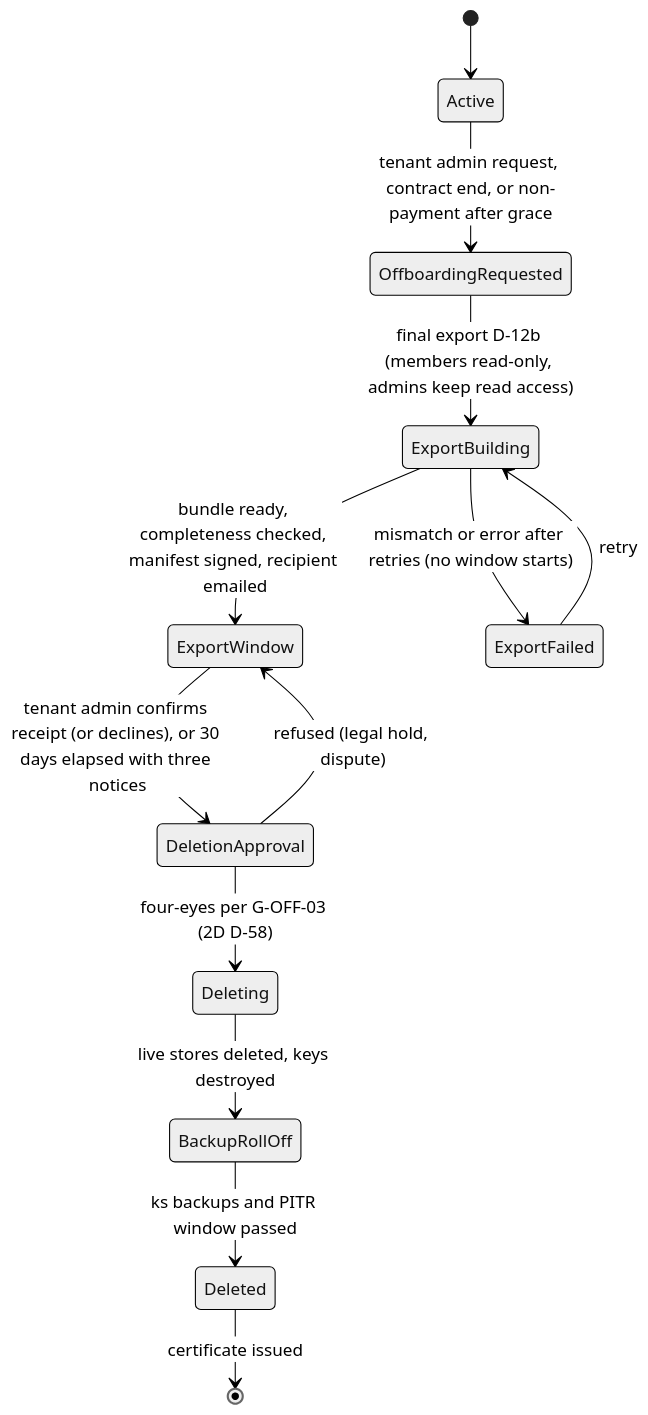
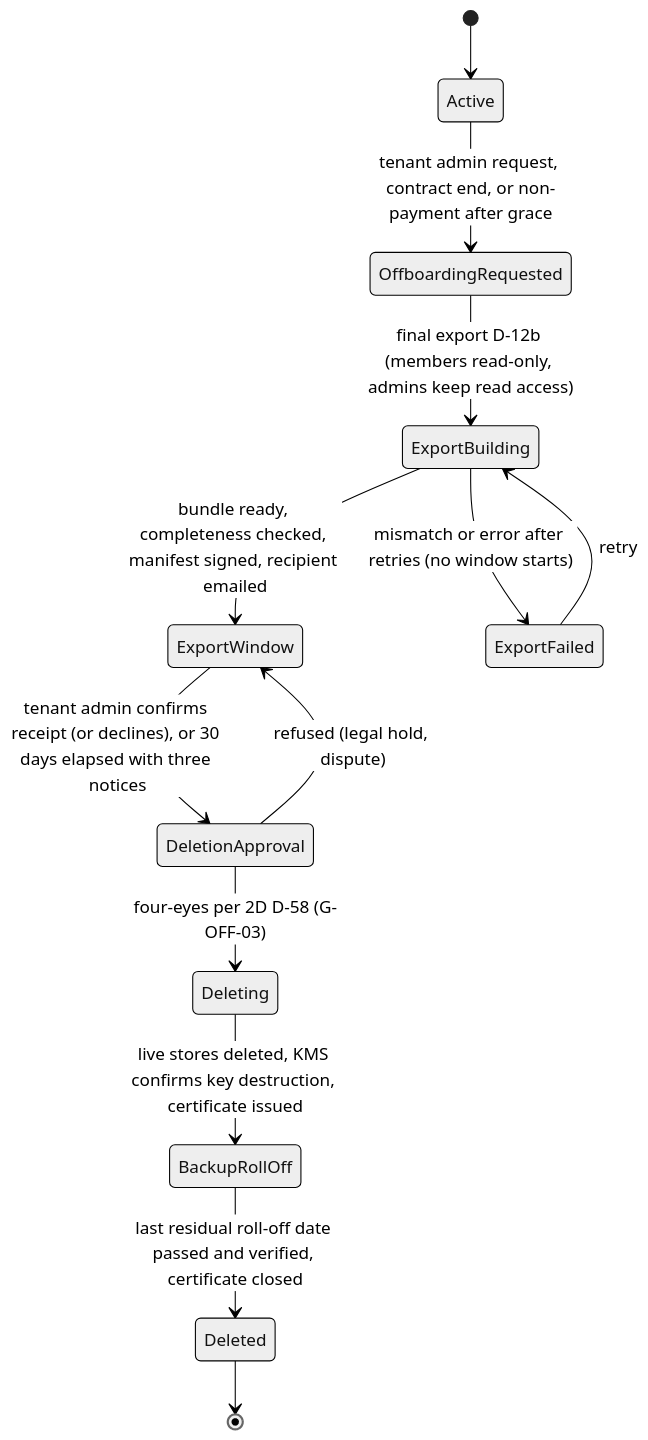
One commit to ShahidCS/Selvara changed the third of 3 diagrams in docs/architecture/backend-v2/phase2/2G-privacy.md. Above: the diagram before and after it, drawn with Mermaid (neutral theme). The commit also changed other lines of this file and 31 other files, not shown here.

````diff
--- a/docs/architecture/backend-v2/phase2/2G-privacy.md
+++ b/docs/architecture/backend-v2/phase2/2G-privacy.md
@@ -273,15 +274,15 @@
 ```mermaid
 stateDiagram-v2
   [*] --> Active
   Active --> OffboardingRequested: tenant admin request, contract end, or non-payment after grace
   OffboardingRequested --> ExportBuilding: final export D-12b (members read-only, admins keep read access)
   ExportBuilding --> ExportWindow: bundle ready, completeness checked, manifest signed, recipient emailed
   ExportBuilding --> ExportFailed: mismatch or error after retries (no window starts)
   ExportFailed --> ExportBuilding: retry
   ExportWindow --> DeletionApproval: tenant admin confirms receipt (or declines), or 30 days elapsed with three notices
-  DeletionApproval --> Deleting: four-eyes per G-OFF-03 (2D D-58)
+  DeletionApproval --> Deleting: four-eyes per 2D D-58 (G-OFF-03)
   DeletionApproval --> ExportWindow: refused (legal hold, dispute)
-  Deleting --> BackupRollOff: live stores deleted, keys destroyed
-  BackupRollOff --> Deleted: ks backups and PITR window passed
-  Deleted --> [*]: certificate issued
+  Deleting --> BackupRollOff: live stores deleted, KMS confirms key destruction, certificate issued
+  BackupRollOff --> Deleted: last residual roll-off date passed and verified, certificate closed
+  Deleted --> [*]
 ```
````
